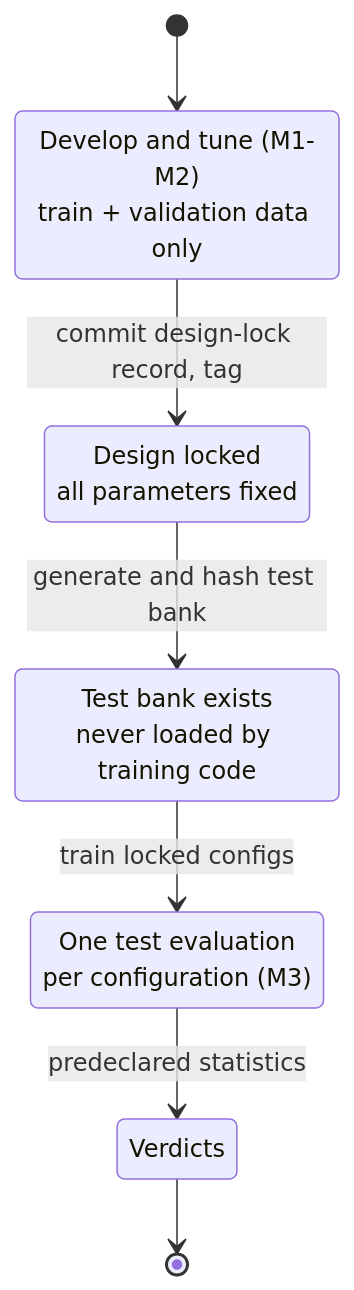
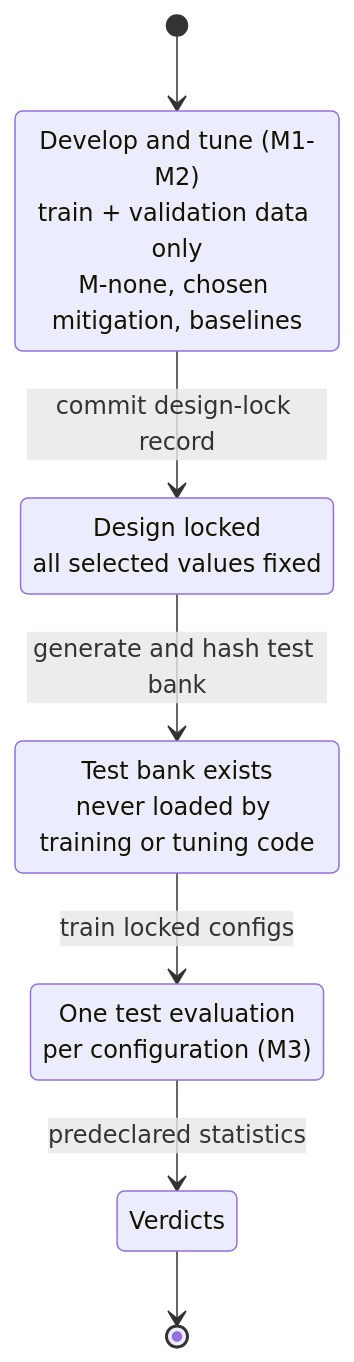
Before and after one commit to hongbinyang/afterslip: the sixth of 8 diagrams in docs/architecture.md, drawn with Mermaid. The commit also changed other lines of this file, not shown here.

First line of the commit message:
Revise architecture overview after review

````diff
--- a/docs/architecture.md
+++ b/docs/architecture.md
@@ -175,13 +188,13 @@
 ```mermaid
 stateDiagram-v2
     [*] --> Develop
-    Develop: Develop and tune (M1-M2)<br/>train + validation data only
-    Develop --> Locked: commit design-lock record, tag
-    Locked: Design locked<br/>all parameters fixed
+    Develop: Develop and tune (M1-M2)<br/>train + validation data only<br/>M-none, chosen mitigation, baselines
+    Develop --> Locked: commit design-lock record
+    Locked: Design locked<br/>all selected values fixed
     Locked --> TestBank: generate and hash test bank
-    TestBank: Test bank exists<br/>never loaded by training code
+    TestBank: Test bank exists<br/>never loaded by training or tuning code
     TestBank --> Evaluate: train locked configs
     Evaluate: One test evaluation<br/>per configuration (M3)
     Evaluate --> Verdicts: predeclared statistics
     Verdicts --> [*]
 ```
````
